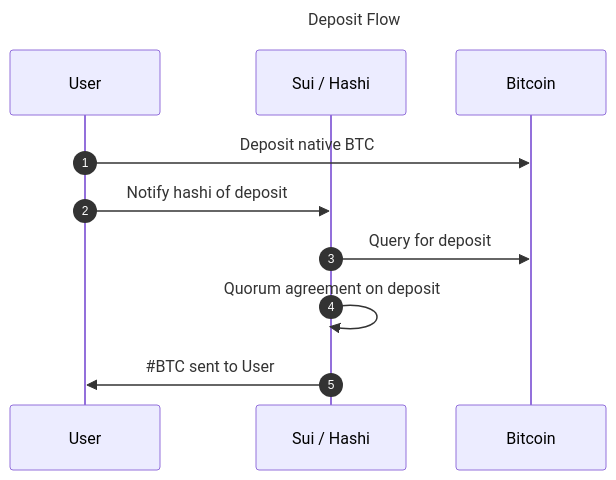
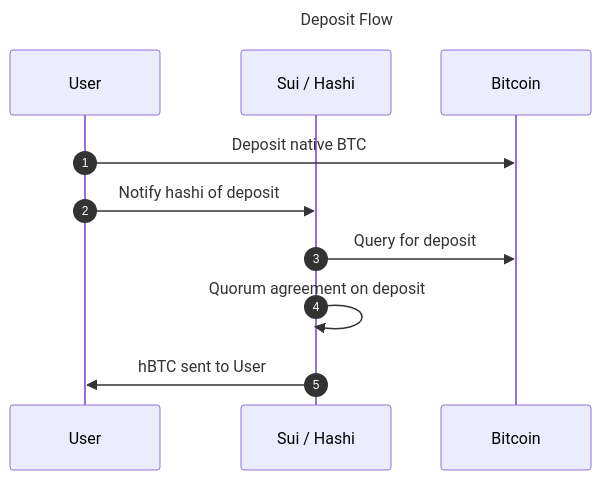
Before and after one commit to MystenLabs/hashi: the first of 2 diagrams in design/src/user-flows.md, drawn with Mermaid. The commit also changed other lines of this file and 10 other files, not shown here.

````diff
--- a/design/src/user-flows.md
+++ b/design/src/user-flows.md
@@ -15,20 +15,20 @@
 ```mermaid
 ---
 title: Deposit Flow
 config:
   sequence:
     diagramMarginX: 0
 ---
 sequenceDiagram
     autonumber
 
     participant User
     participant Hashi as Sui / Hashi
     participant Bitcoin
 
     User    ->>     Bitcoin:    Deposit native BTC
     User    ->>     Hashi:      Notify hashi of deposit
     Hashi   ->>     Bitcoin:    Query for deposit
     Hashi   ->>     Hashi:      Quorum agreement on deposit
-    Hashi   ->>     User:       #35;BTC sent to User
+    Hashi   ->>     User:       hBTC sent to User
 ```
````
